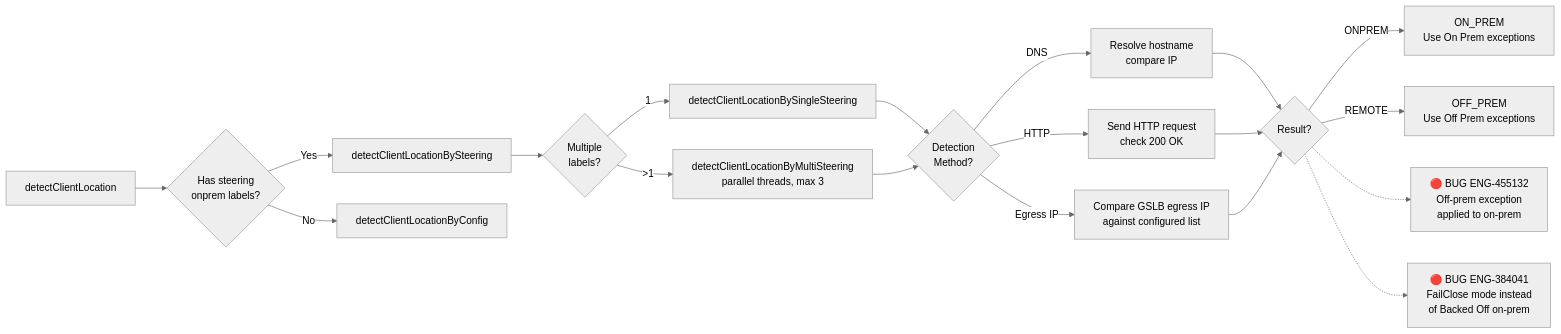
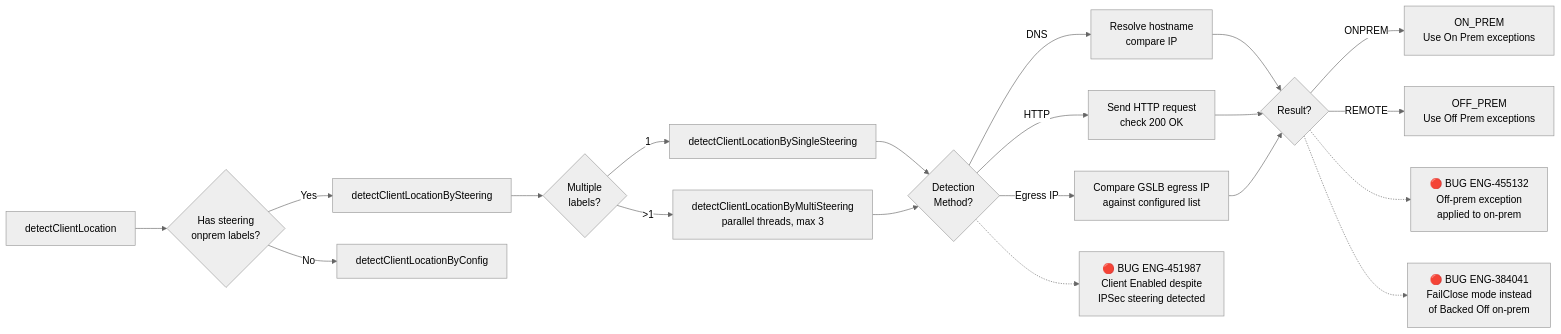
Before and after one commit to ns-klin/endpoint_system_test_plan: the eighth of 10 diagrams in chapters/10_bypass.md, drawn with Mermaid (neutral theme). The commit also changed other lines of this file and 26 other files, not shown here.

First line of the commit message:
Add 87 bugs from Excel enrichment and integrate into mermaid diagrams

````diff
--- a/chapters/10_bypass.md
+++ b/chapters/10_bypass.md
@@ -447,28 +484,29 @@
 ```mermaid
 flowchart LR
     START[detectClientLocation] --> HAS_LABELS{Has steering<br/>onprem labels?}
     HAS_LABELS -->|Yes| STEERING[detectClientLocationBySteering]
     HAS_LABELS -->|No| LEGACY[detectClientLocationByConfig]
 
     STEERING --> MULTI{Multiple<br/>labels?}
     MULTI -->|1| SINGLE[detectClientLocationBySingleSteering]
     MULTI -->|>1| THREADED[detectClientLocationByMultiSteering<br/>parallel threads, max 3]
 
     SINGLE --> METHOD{Detection<br/>Method?}
     THREADED --> METHOD
 
     METHOD -->|DNS| DNS[Resolve hostname<br/>compare IP]
     METHOD -->|HTTP| HTTP[Send HTTP request<br/>check 200 OK]
     METHOD -->|Egress IP| EGRESS[Compare GSLB egress IP<br/>against configured list]
 
     DNS --> RESULT{Result?}
     HTTP --> RESULT
     EGRESS --> RESULT
 
     RESULT -->|ONPREM| ON["ON_PREM<br/>Use On Prem exceptions"]
     RESULT -->|REMOTE| OFF["OFF_PREM<br/>Use Off Prem exceptions"]
 
     RESULT -.-> BUG_ONPREM["🔴 BUG ENG-455132<br/>Off-prem exception<br/>applied to on-prem"]
     RESULT -.-> BUG_FC_ONPREM["🔴 BUG ENG-384041<br/>FailClose mode instead<br/>of Backed Off on-prem"]
+    METHOD -.-> BUG_IPSEC["🔴 BUG ENG-451987<br/>Client Enabled despite<br/>IPSec steering detected"]
 
 ```
````
